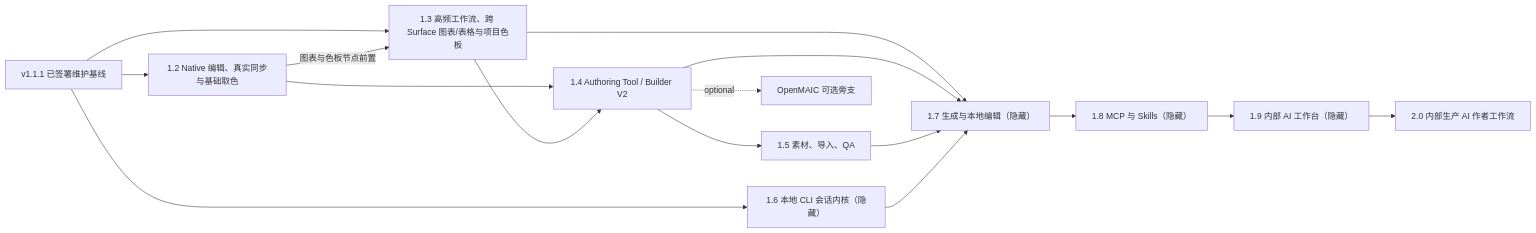
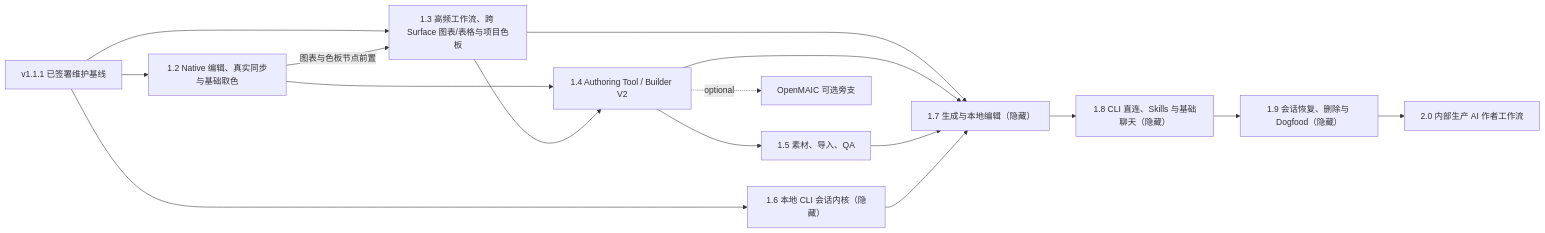
One commit to ghostairship-debug/ittoedu changed the diagram in docs/development-plan/roadmap/README.md. Above: the diagram before and after it, drawn with Mermaid. The commit also changed other lines of this file and 131 other files, not shown here.

````diff
--- a/docs/development-plan/roadmap/README.md
+++ b/docs/development-plan/roadmap/README.md
@@ -25,28 +25,28 @@
 ```mermaid
 flowchart LR
     B["v1.1.1 已签署维护基线"]
     R12["1.2 Native 编辑、真实同步与基础取色"]
     R13["1.3 高频工作流、跨 Surface 图表/表格与项目色板"]
     R14["1.4 Authoring Tool / Builder V2"]
     R15["1.5 素材、导入、QA"]
     R16["1.6 本地 CLI 会话内核（隐藏）"]
     R17["1.7 生成与本地编辑（隐藏）"]
-    R18["1.8 MCP 与 Skills（隐藏）"]
-    R19["1.9 内部 AI 工作台（隐藏）"]
+    R18["1.8 CLI 直连、Skills 与基础聊天（隐藏）"]
+    R19["1.9 会话恢复、删除与 Dogfood（隐藏）"]
     R20["2.0 内部生产 AI 作者工作流"]
     O["OpenMAIC 可选旁支"]
 
     B --> R12
     B --> R13
     B --> R16
     R12 -->|图表与色板节点前置| R13
     R12 --> R14
     R13 --> R14
     R14 --> R15
     R13 --> R17
     R14 --> R17
     R15 --> R17
     R16 --> R17
     R17 --> R18 --> R19 --> R20
     R14 -. optional .-> O
 ```
````
